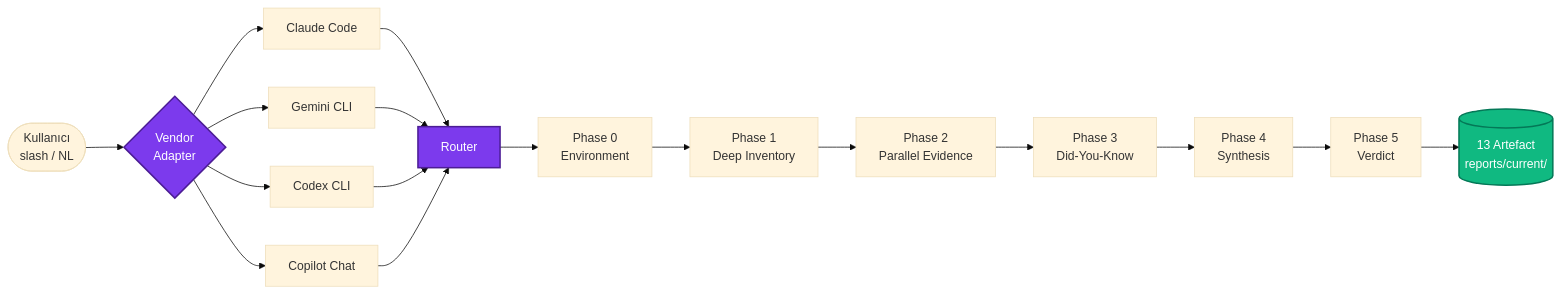
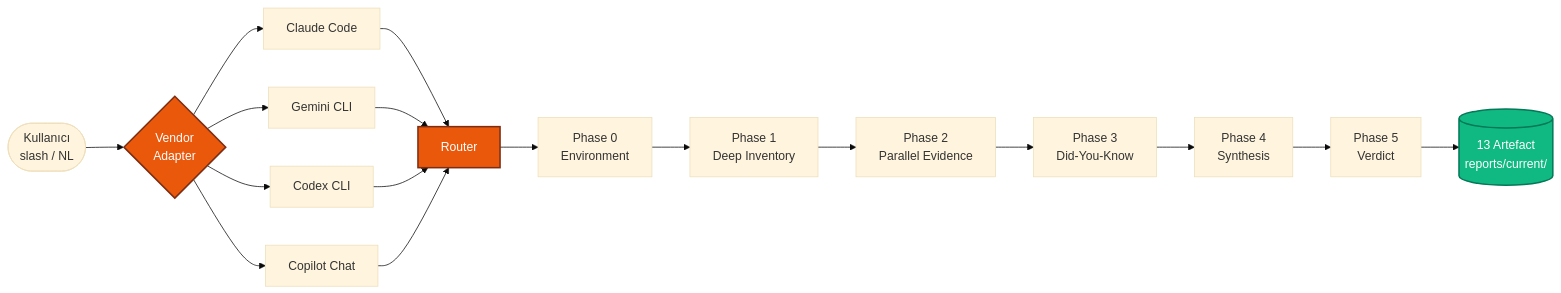
The diagram in README.md (osrt91/ulak-os), drawn with Mermaid (base theme) before and after one commit. The commit also changed other lines of this file and 2 other files, not shown here.

````diff
--- a/README.md
+++ b/README.md
@@ -96,22 +96,22 @@
 ```mermaid
 flowchart LR
     U([Kullanıcı<br>slash / NL]) --> V{Vendor<br>Adapter}
     V --> CC[Claude Code]
     V --> GM[Gemini CLI]
     V --> CX[Codex CLI]
     V --> CP[Copilot Chat]
 
     CC & GM & CX & CP --> R[Router]
     R --> P0[Phase 0<br>Environment]
     P0 --> P1[Phase 1<br>Deep Inventory]
     P1 --> P2[Phase 2<br>Parallel Evidence]
     P2 --> P3[Phase 3<br>Did-You-Know]
     P3 --> P4[Phase 4<br>Synthesis]
     P4 --> P5[Phase 5<br>Verdict]
     P5 --> A[(13 Artefact<br>reports/current/)]
 
-    classDef primary fill:#7c3aed,stroke:#4c1d95,color:#fff,stroke-width:2px
+    classDef primary fill:#ea580c,stroke:#7c2d12,color:#fff,stroke-width:2px
     classDef accent fill:#10b981,stroke:#047857,color:#fff,stroke-width:2px
     class V,R primary
     class A accent
 ```
````
